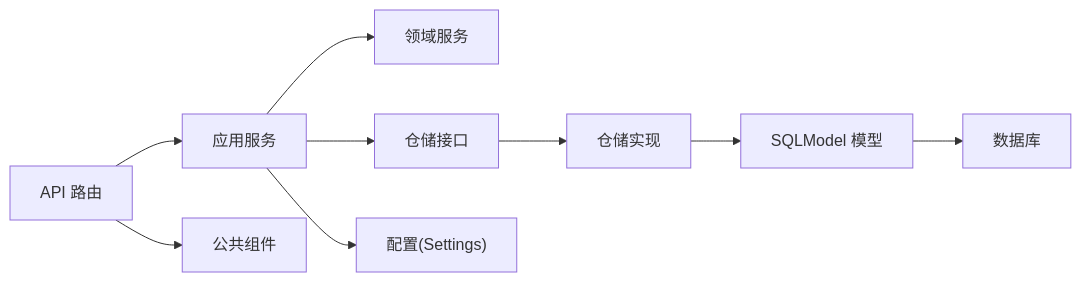
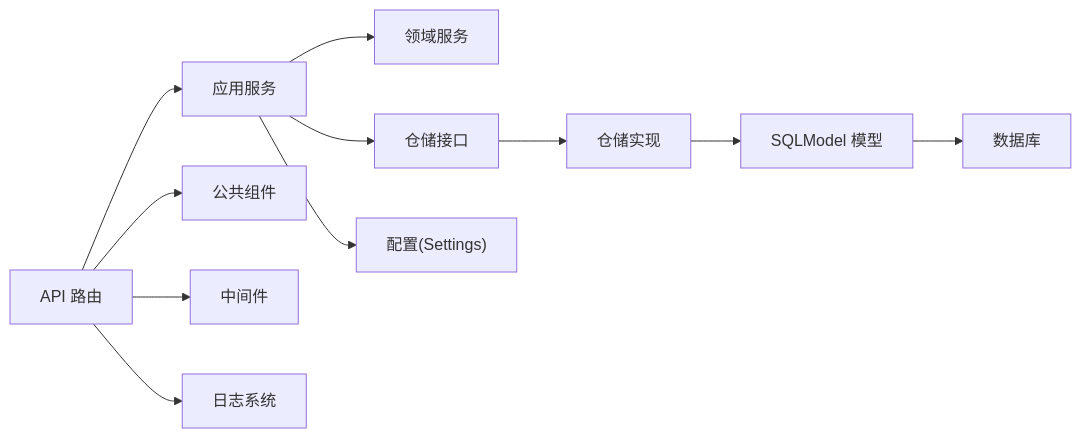
One commit to taoweidong/Hello-FastApi changed the seventh of 7 diagrams in .qoder/repowiki/zh/content/后端架构设计/DDD 分层架构详解/DDD 分层架构详解.md. Above: the diagram before and after it, drawn with Mermaid. The commit also changed other lines of this file and 24 other files, not shown here.

````diff
--- a/.qoder/repowiki/zh/content/后端架构设计/DDD 分层架构详解/DDD 分层架构详解.md
+++ b/.qoder/repowiki/zh/content/后端架构设计/DDD 分层架构详解/DDD 分层架构详解.md
@@ -384,11 +492,13 @@
 ```mermaid
 graph LR
 API["API 路由"] --> SVC["应用服务"]
 SVC --> DOMAIN["领域服务"]
 SVC --> REPO["仓储接口"]
 REPO --> IMPL["仓储实现"]
 IMPL --> MODEL["SQLModel 模型"]
 MODEL --> DB["数据库"]
 API --> COMMON["公共组件"]
 SVC --> CONFIG["配置(Settings)"]
+API --> MIDDLEWARES["中间件"]
+API --> LOGGER["日志系统"]
 ```
````
